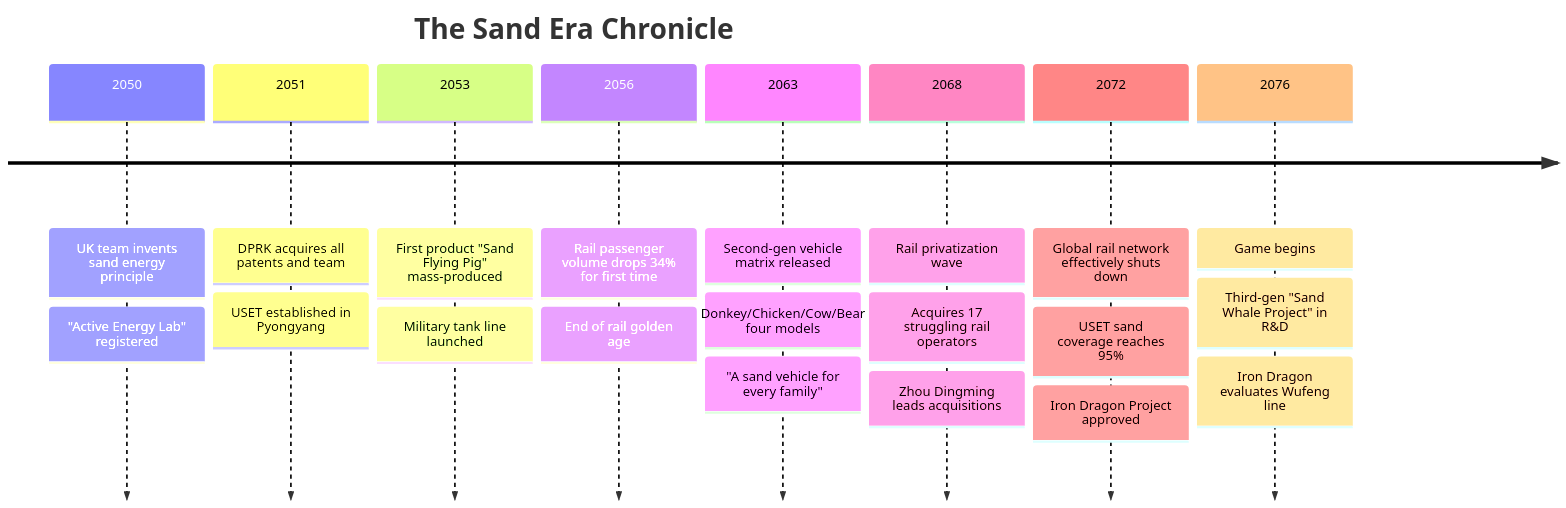
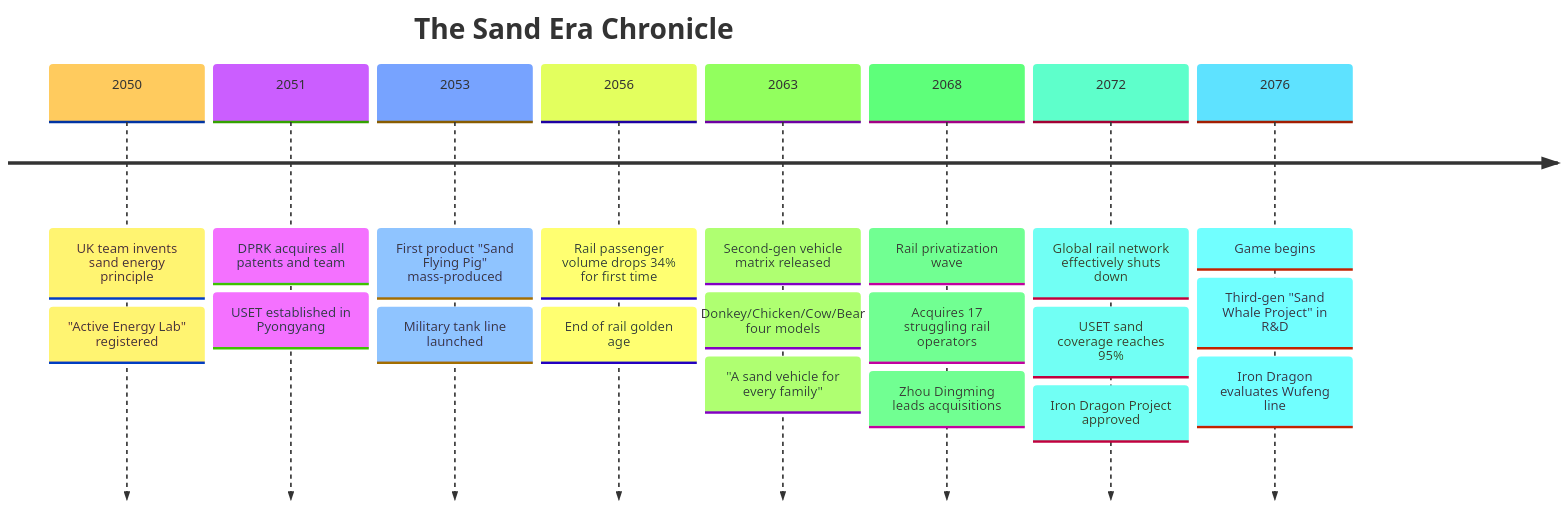
Before and after one commit to NMDX0721/RailwayRenaissance: the first of 8 diagrams in README.md, drawn with Mermaid. The commit also changed 1 other file, not shown here.

Commit message:
docs: fix gantt label alignment, set timeline text color to black

````diff
--- a/README.md
+++ b/README.md
@@ -58,12 +58,13 @@
 ```mermaid
+%%{init: { 'theme': 'base', 'themeVariables': { 'timelineTextColor': '#000000', 'timelineLabelColor': '#000000' } } }%%
 timeline
     title The Sand Era Chronicle
     2050 : UK team invents sand energy principle : "Active Energy Lab" registered
     2051 : DPRK acquires all patents and team : USET established in Pyongyang
     2053 : First product "Sand Flying Pig" mass-produced : Military tank line launched
     2056 : Rail passenger volume drops 34% for first time : End of rail golden age
     2063 : Second-gen vehicle matrix released : Donkey/Chicken/Cow/Bear four models : "A sand vehicle for every family"
     2068 : Rail privatization wave : Acquires 17 struggling rail operators : Zhou Dingming leads acquisitions
     2072 : Global rail network effectively shuts down : USET sand coverage reaches 95% : Iron Dragon Project approved
     2076 : Game begins : Third-gen "Sand Whale Project" in R&D : Iron Dragon evaluates Wufeng line
 ```
````
